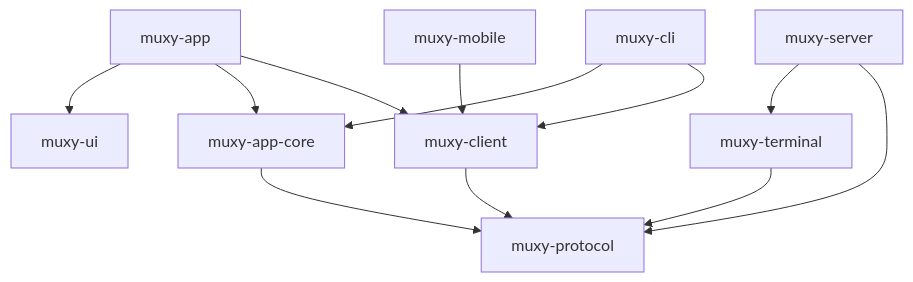
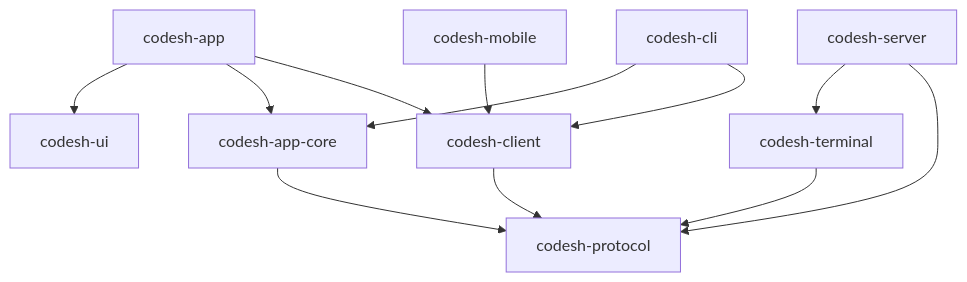
The second of 5 diagrams in docs/tech/architecture.md (hugocxl/codesh-legacy), drawn with Mermaid before and after one commit. The commit also changed other lines of this file and 2136 other files, not shown here.

Commit message:
Rename to Codesh and remove Muxy legacy

````diff
--- a/docs/tech/architecture.md
+++ b/docs/tech/architecture.md
@@ -41,14 +41,14 @@
 ```mermaid
 flowchart TB
-    APP["muxy-app"] --> UI["muxy-ui"]
-    APP --> APPCORE["muxy-app-core"]
-    APP --> CLIENT["muxy-client"]
-    CLI["muxy-cli"] --> APPCORE
+    APP["codesh-app"] --> UI["codesh-ui"]
+    APP --> APPCORE["codesh-app-core"]
+    APP --> CLIENT["codesh-client"]
+    CLI["codesh-cli"] --> APPCORE
     CLI --> CLIENT
-    MOBILE["muxy-mobile"] --> CLIENT
-    CLIENT --> PROTOCOL["muxy-protocol"]
+    MOBILE["codesh-mobile"] --> CLIENT
+    CLIENT --> PROTOCOL["codesh-protocol"]
     APPCORE --> PROTOCOL
-    SERVER["muxy-server"] --> TERMINAL["muxy-terminal"]
+    SERVER["codesh-server"] --> TERMINAL["codesh-terminal"]
     SERVER --> PROTOCOL
     TERMINAL --> PROTOCOL
 ```
````
